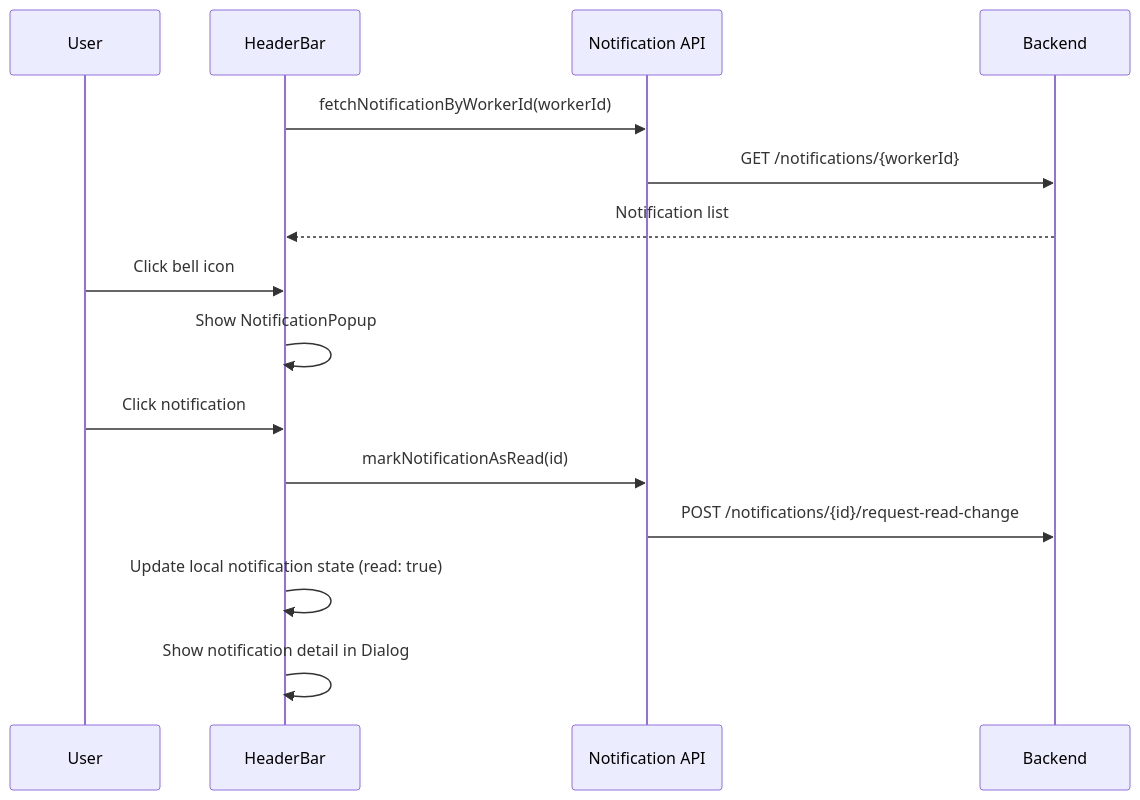
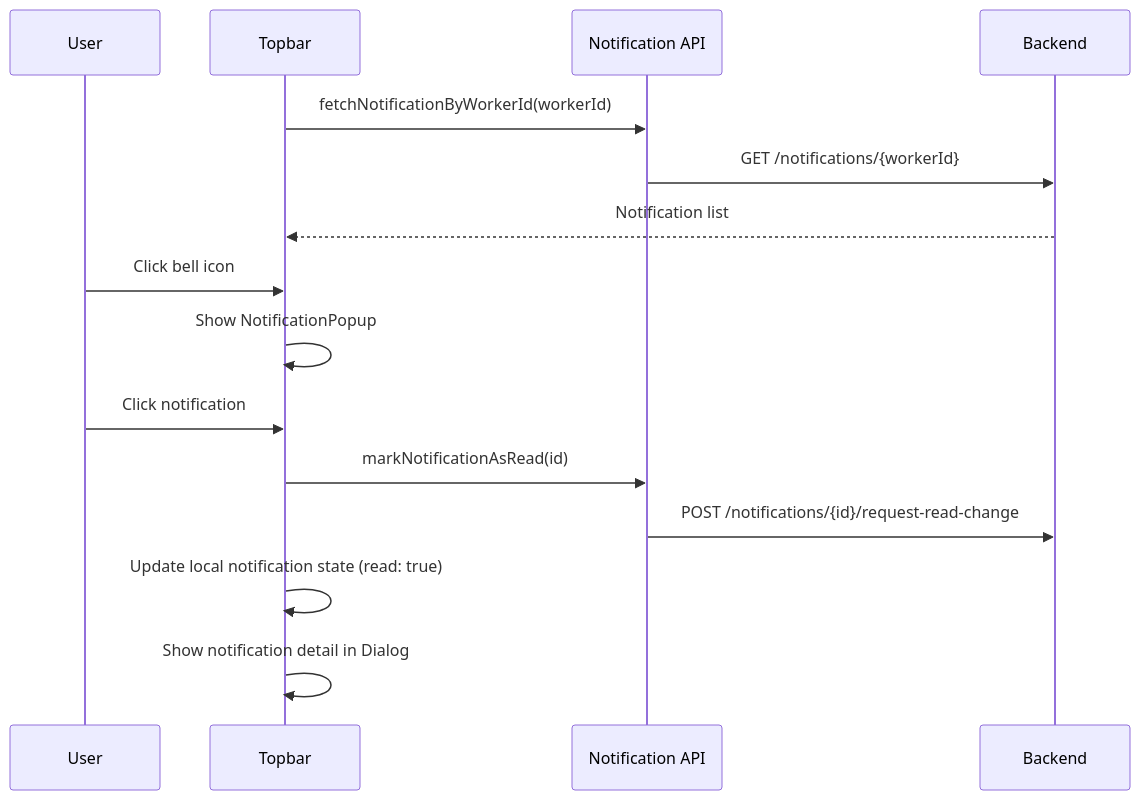
Before and after one commit to smartuni/riot-po-2026: the fifth of 7 diagrams in server/frontend/docs/data-flow.md, drawn with Mermaid. The commit also changed other lines of this file and 199 other files, not shown here.

````diff
--- a/server/frontend/docs/data-flow.md
+++ b/server/frontend/docs/data-flow.md
@@ -187,20 +179,20 @@
 ```mermaid
 sequenceDiagram
     participant User
-    participant HeaderBar
+    participant Topbar
     participant NotifAPI as Notification API
     participant Backend
 
-    HeaderBar->>NotifAPI: fetchNotificationByWorkerId(workerId)
+    Topbar->>NotifAPI: fetchNotificationByWorkerId(workerId)
     NotifAPI->>Backend: GET /notifications/{workerId}
-    Backend-->>HeaderBar: Notification list
+    Backend-->>Topbar: Notification list
 
-    User->>HeaderBar: Click bell icon
-    HeaderBar->>HeaderBar: Show NotificationPopup
+    User->>Topbar: Click bell icon
+    Topbar->>Topbar: Show NotificationPopup
 
-    User->>HeaderBar: Click notification
-    HeaderBar->>NotifAPI: markNotificationAsRead(id)
+    User->>Topbar: Click notification
+    Topbar->>NotifAPI: markNotificationAsRead(id)
     NotifAPI->>Backend: POST /notifications/{id}/request-read-change
-    HeaderBar->>HeaderBar: Update local notification state (read: true)
-    HeaderBar->>HeaderBar: Show notification detail in Dialog
+    Topbar->>Topbar: Update local notification state (read: true)
+    Topbar->>Topbar: Show notification detail in Dialog
 ```
````
